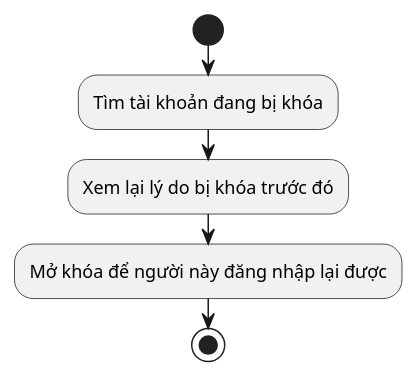
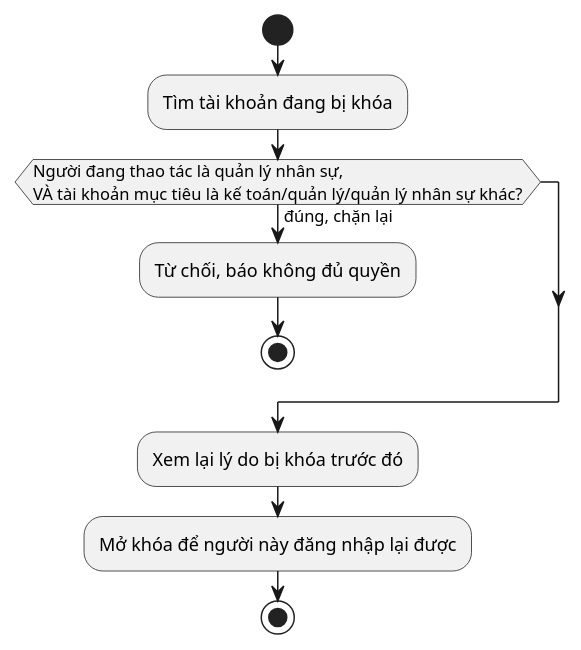
One commit to nguyenvietanhit19/Project1_HeThongQuanLyNhaXeKhachLienTinh changed diagram 47 of 52 in UML_DIAGRAMS.md. Above: the diagram before and after it, drawn with PlantUML. The commit also changed other lines of this file and 4 other files, not shown here.

````diff
--- a/UML_DIAGRAMS.md
+++ b/UML_DIAGRAMS.md
@@ -1012,9 +1121,13 @@
 ```plantuml
 @startuml AD_UC38_MoKhoaTaiKhoan
 start
 :Tìm tài khoản đang bị khóa;
+if (Người đang thao tác là quản lý nhân sự,\nVÀ tài khoản mục tiêu là kế toán/quản lý/quản lý nhân sự khác?) then (đúng, chặn lại)
+  :Từ chối, báo không đủ quyền;
+  stop
+endif
 :Xem lại lý do bị khóa trước đó;
 :Mở khóa để người này đăng nhập lại được;
 stop
 @enduml
 ```
````
